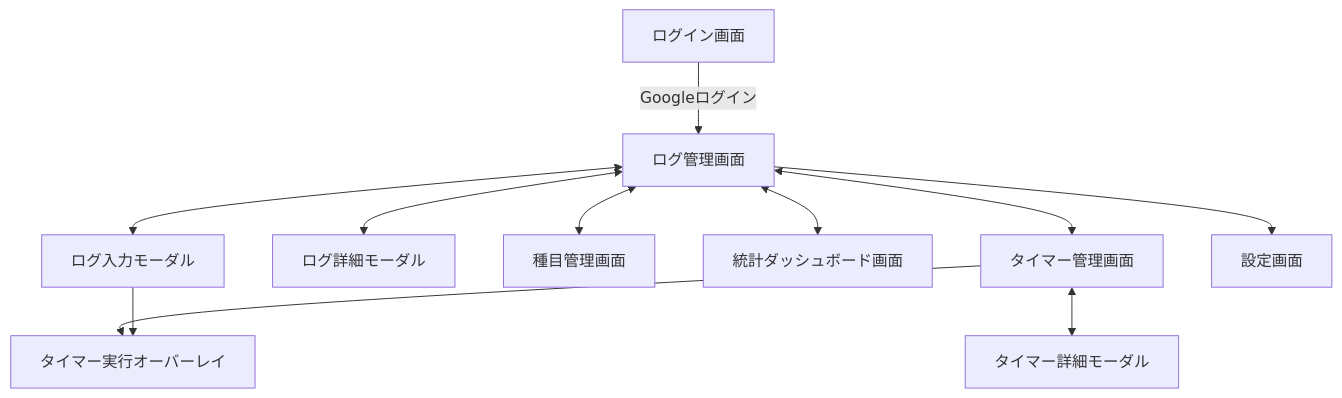
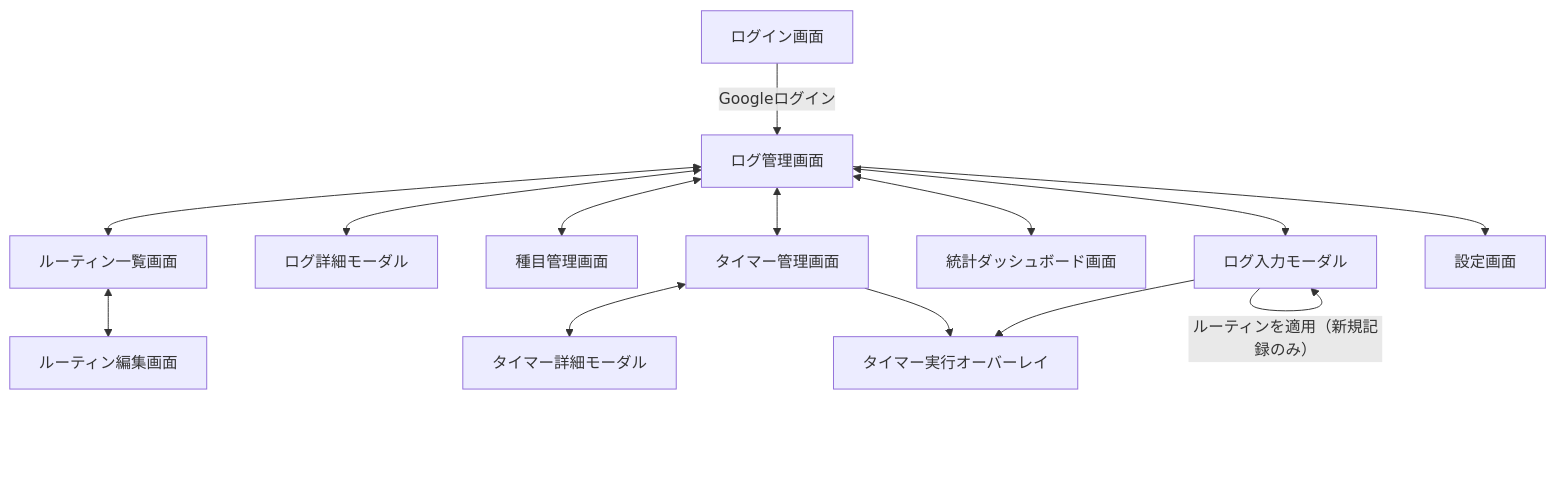
Before and after one commit to t-miura-024/lifro: the diagram in docs/design/画面遷移図.md, drawn with Mermaid. The commit also changed 34 other files, not shown here.

````diff
--- a/docs/design/画面遷移図.md
+++ b/docs/design/画面遷移図.md
@@ -2,25 +2,31 @@
 ```mermaid
 graph TD;
     LoginScreen[ログイン画面]
     LogManagementScreen[ログ管理画面]
     LogInputModal[ログ入力モーダル]
     LogDetailModal[ログ詳細モーダル]
     ExerciseManagementScreen[種目管理画面]
+    RoutineManagementScreen[ルーティン一覧画面]
+    RoutineEditScreen[ルーティン編集画面]
     StatisticsDashboardScreen[統計ダッシュボード画面]
     TimerManagementScreen[タイマー管理画面]
     TimerDetailModal[タイマー詳細モーダル]
     TimerOverlay[タイマー実行オーバーレイ]
     SettingsScreen[設定画面]
 
     LoginScreen -->|Googleログイン| LogManagementScreen
     LogManagementScreen <--> LogInputModal
     LogManagementScreen <--> LogDetailModal
     LogManagementScreen <--> ExerciseManagementScreen
+    LogManagementScreen <--> RoutineManagementScreen
     LogManagementScreen <--> StatisticsDashboardScreen
     LogManagementScreen <--> TimerManagementScreen
     LogManagementScreen --> SettingsScreen
+
+    RoutineManagementScreen <--> RoutineEditScreen
+    LogInputModal -->|ルーティンを適用（新規記録のみ）| LogInputModal
 
     TimerManagementScreen <--> TimerDetailModal
     TimerManagementScreen --> TimerOverlay
     LogInputModal --> TimerOverlay
 ```
````
